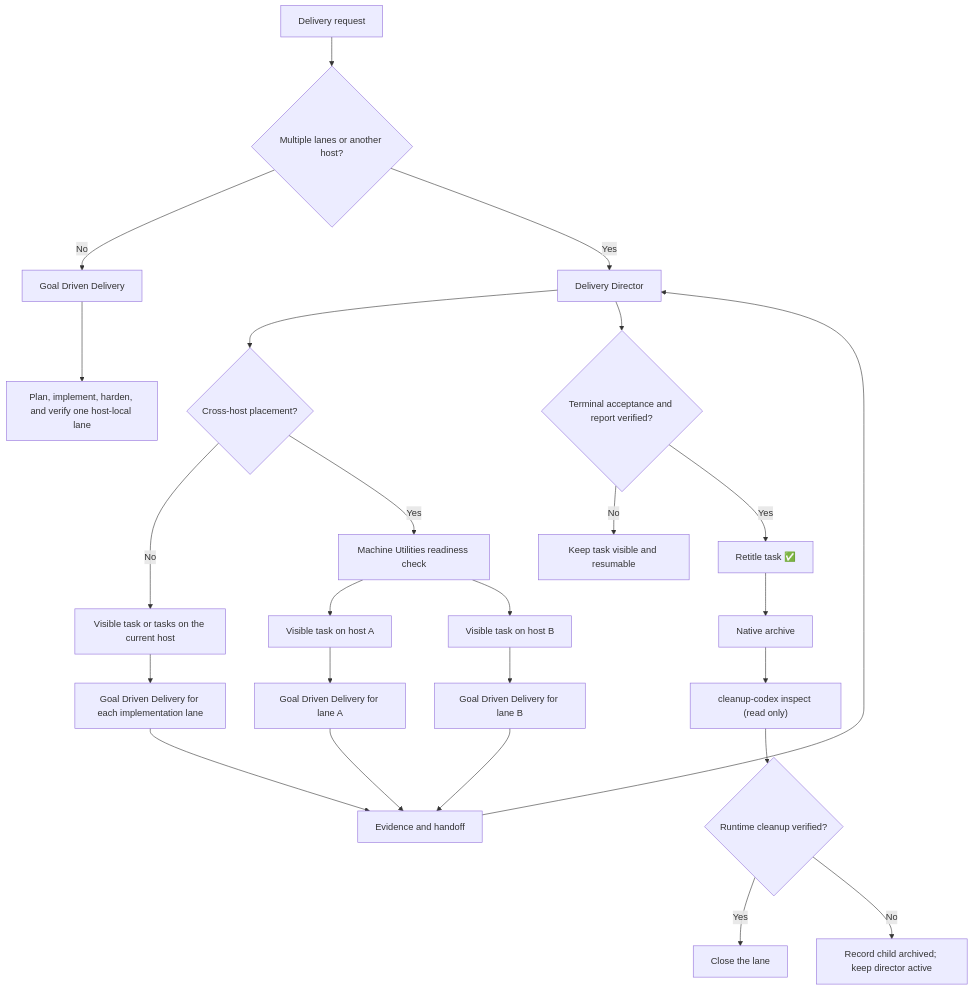
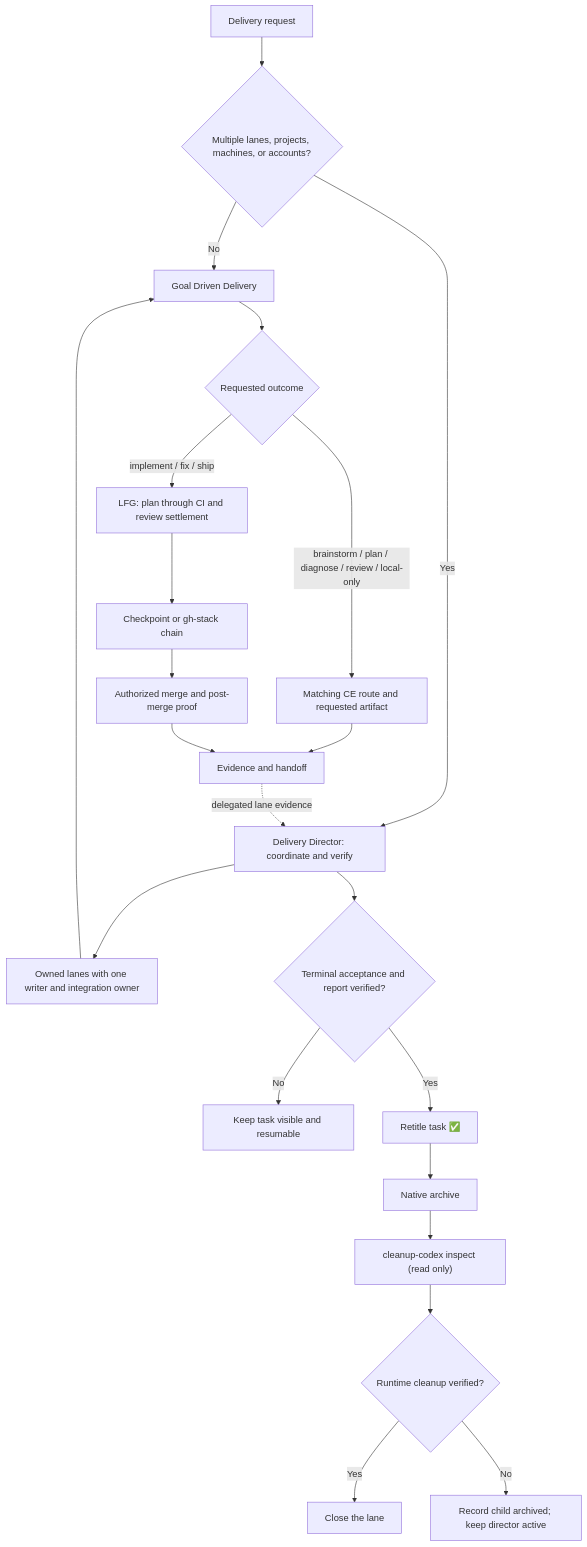
The diagram in docs/delivery-workflows.md (novotnyllc/agent-utilities), drawn with Mermaid before and after one commit. The commit also changed other lines of this file and 8 other files, not shown here.

Commit message:
feat(delivery): default implementation to LFG (#3)

````diff
--- a/docs/delivery-workflows.md
+++ b/docs/delivery-workflows.md
@@ -44,27 +49,24 @@
 ```mermaid
 flowchart TD
-    request["Delivery request"] --> decision{"Multiple lanes or another host?"}
+    request["Delivery request"] --> decision{"Multiple lanes, projects, machines, or accounts?"}
     decision -- No --> gdd["Goal Driven Delivery"]
-    gdd --> local["Plan, implement, harden, and verify one host-local lane"]
-    decision -- Yes --> director["Delivery Director"]
-    director --> crosshost{"Cross-host placement?"}
-    crosshost -- No --> localTasks["Visible task or tasks on the current host"]
-    localTasks --> localGdd["Goal Driven Delivery for each implementation lane"]
-    localGdd --> evidence["Evidence and handoff"]
-    crosshost -- Yes --> readiness["Machine Utilities readiness check"]
-    readiness --> taskA["Visible task on host A"]
-    readiness --> taskB["Visible task on host B"]
-    taskA --> gddA["Goal Driven Delivery for lane A"]
-    taskB --> gddB["Goal Driven Delivery for lane B"]
-    gddA --> evidence
-    gddB --> evidence
-    evidence --> director
+    decision -- Yes --> director["Delivery Director: coordinate and verify"]
+    director --> lanes["Owned lanes with one writer and integration owner"]
+    lanes --> gdd
+    gdd --> intent{"Requested outcome"}
+    intent -- "brainstorm / plan / diagnose / review / local-only" --> narrow["Matching CE route and requested artifact"]
+    intent -- "implement / fix / ship" --> lfg["LFG: plan through CI and review settlement"]
+    lfg --> checkpoint["Checkpoint or gh-stack chain"]
+    checkpoint --> merge["Authorized merge and post-merge proof"]
+    narrow --> evidence["Evidence and handoff"]
+    merge --> evidence
+    evidence -. delegated lane evidence .-> director
     director --> terminal{"Terminal acceptance and report verified?"}
     terminal -- No --> resumable["Keep task visible and resumable"]
     terminal -- Yes --> retitle["Retitle task ✅"]
     retitle --> archive["Native archive"]
     archive --> inspect["cleanup-codex inspect (read only)"]
     inspect --> verified{"Runtime cleanup verified?"}
     verified -- Yes --> closed["Close the lane"]
     verified -- No --> unresolved["Record child archived; keep director active"]
 ```
````
